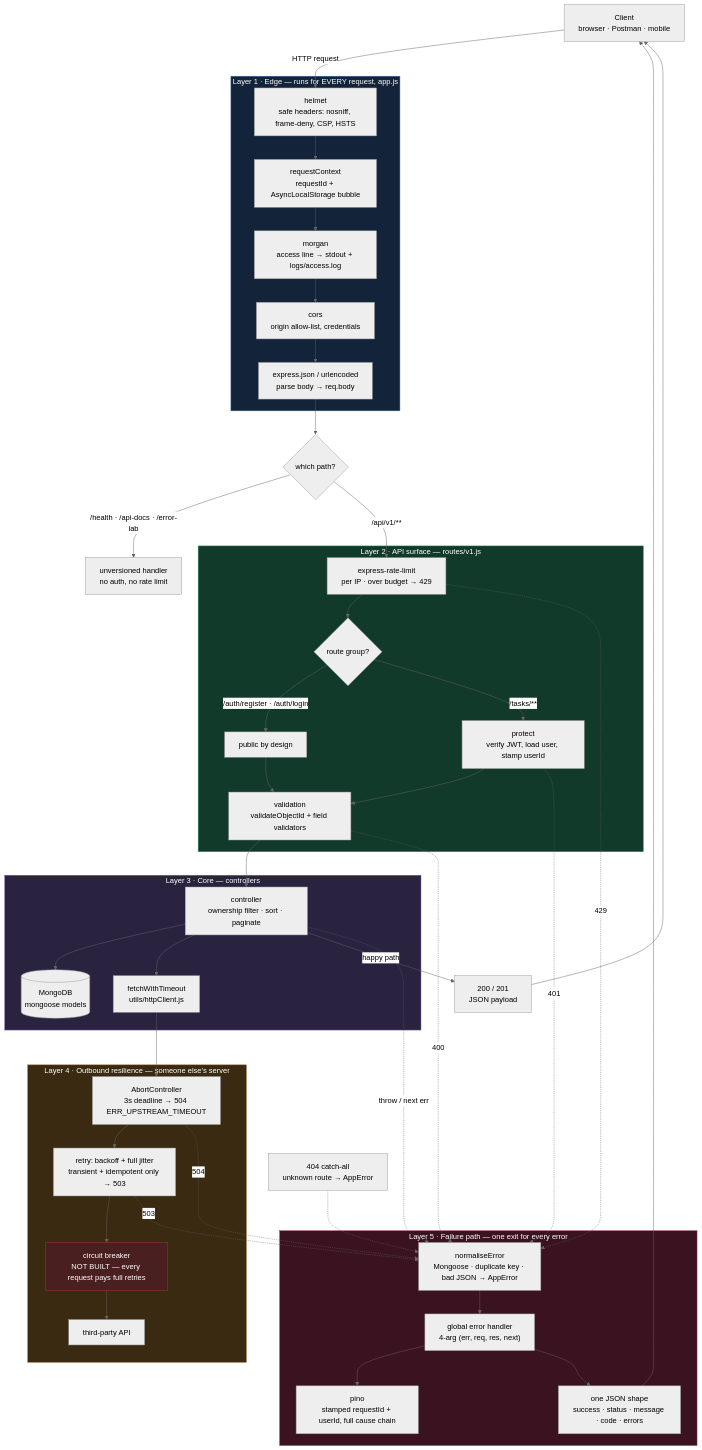
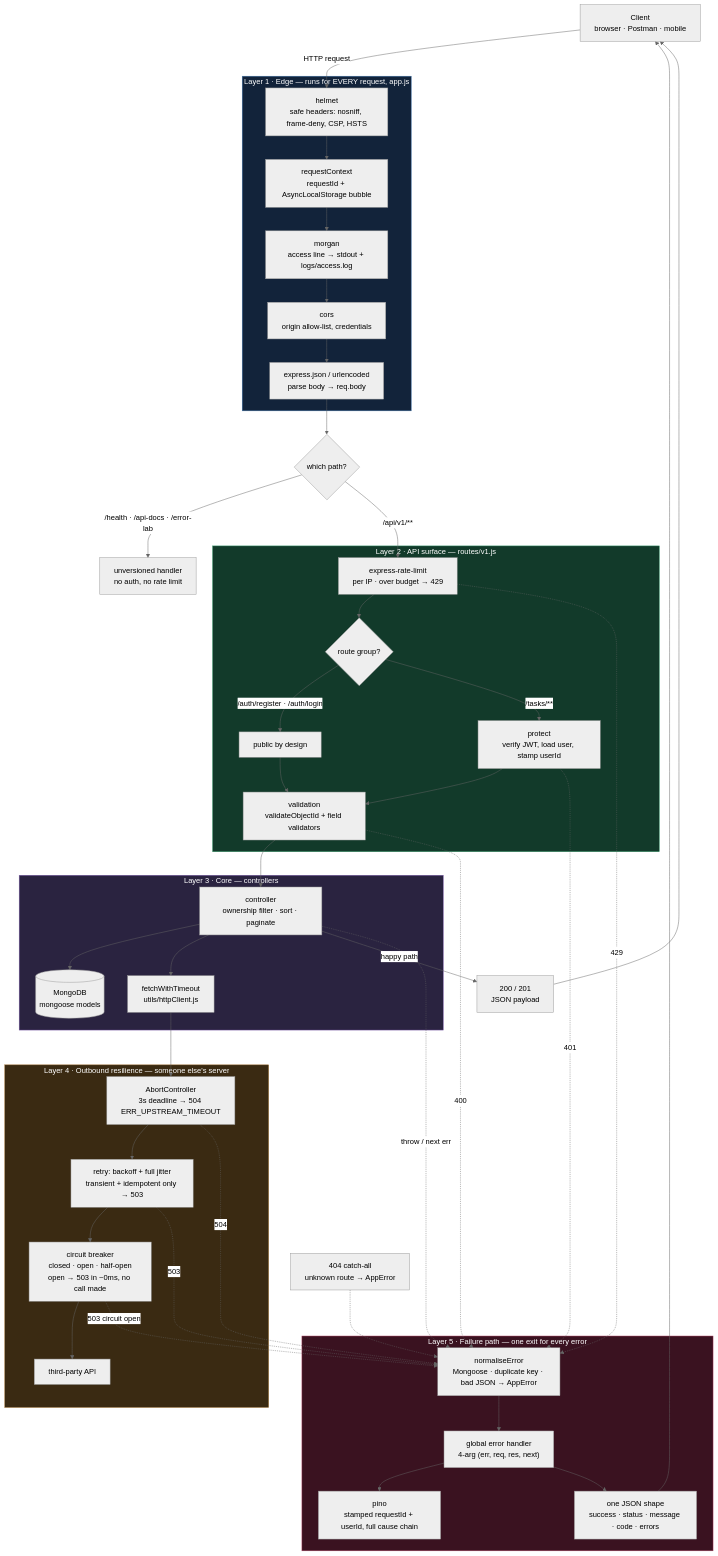
One commit to ashishrainagit2/todo-nodejs changed the diagram in api-structure.md. Above: the diagram before and after it, drawn with Mermaid (neutral theme). The commit also changed other lines of this file and 8 other files, not shown here.

Commit message:
added circuit breaker

````diff
--- a/api-structure.md
+++ b/api-structure.md
@@ -18,68 +18,68 @@
 ```mermaid
 flowchart TD
     C["Client<br/>browser · Postman · mobile"] -->|"HTTP request"| HELMET
 
     subgraph EDGE["Layer 1 · Edge — runs for EVERY request, app.js"]
         HELMET["helmet<br/>safe headers: nosniff, frame-deny, CSP, HSTS"]
         HELMET --> RCTX["requestContext<br/>requestId + AsyncLocalStorage bubble"]
         RCTX --> MORGAN["morgan<br/>access line → stdout + logs/access.log"]
         MORGAN --> CORS["cors<br/>origin allow-list, credentials"]
         CORS --> BODY["express.json / urlencoded<br/>parse body → req.body"]
     end
 
     BODY --> FORK{"which path?"}
 
     FORK -->|"/health · /api-docs · /error-lab"| PUBLIC["unversioned handler<br/>no auth, no rate limit"]
     FORK -->|"/api/v1/**"| LIMIT
 
     subgraph SURFACE["Layer 2 · API surface — routes/v1.js"]
         LIMIT["express-rate-limit<br/>per IP · over budget → 429"]
         LIMIT --> WHO{"route group?"}
         WHO -->|"/auth/register · /auth/login"| OPEN["public by design"]
         WHO -->|"/tasks/**"| PROTECT["protect<br/>verify JWT, load user, stamp userId"]
         PROTECT --> VALID["validation<br/>validateObjectId + field validators"]
         OPEN --> VALID
     end
 
     VALID --> CTRL
 
     subgraph CORE["Layer 3 · Core — controllers"]
         CTRL["controller<br/>ownership filter · sort · paginate"]
         CTRL --> DB[("MongoDB<br/>mongoose models")]
         CTRL --> HTTP["fetchWithTimeout<br/>utils/httpClient.js"]
     end
 
     subgraph EGRESS["Layer 4 · Outbound resilience — someone else's server"]
         HTTP --> DEADLINE["AbortController<br/>3s deadline → 504 ERR_UPSTREAM_TIMEOUT"]
         DEADLINE --> RETRY["retry: backoff + full jitter<br/>transient + idempotent only → 503"]
-        RETRY --> BREAK["circuit breaker<br/>NOT BUILT — every request pays full retries"]
+        RETRY --> BREAK["circuit breaker<br/>closed · open · half-open<br/>open → 503 in ~0ms, no call made"]
         BREAK --> THIRD["third-party API"]
     end
 
     CTRL -->|"happy path"| OK["200 / 201<br/>JSON payload"]
     OK --> C
 
     CTRL -.->|"throw / next err"| FUNNEL
     PROTECT -.->|"401"| FUNNEL
     VALID -.->|"400"| FUNNEL
     LIMIT -.->|"429"| FUNNEL
     DEADLINE -.->|"504"| FUNNEL
     RETRY -.->|"503"| FUNNEL
+    BREAK -.->|"503 circuit open"| FUNNEL
     NOTFOUND["404 catch-all<br/>unknown route → AppError"] -.-> FUNNEL
 
     subgraph FAIL["Layer 5 · Failure path — one exit for every error"]
         FUNNEL["normaliseError<br/>Mongoose · duplicate key · bad JSON → AppError"]
         FUNNEL --> GLOBAL["global error handler<br/>4-arg (err, req, res, next)"]
         GLOBAL --> PINO["pino<br/>stamped requestId + userId, full cause chain"]
         GLOBAL --> SHAPE["one JSON shape<br/>success · status · message · code · errors"]
     end
 
     SHAPE --> C
 
-    style BREAK fill:#4a1f1f,stroke:#a33,color:#fff
     style EDGE fill:#12233a,stroke:#3a6ea5,color:#fff
     style SURFACE fill:#123a2a,stroke:#3a9a6e,color:#fff
     style CORE fill:#2a2340,stroke:#7a5aa8,color:#fff
     style EGRESS fill:#3a2a12,stroke:#a5763a,color:#fff
     style FAIL fill:#3a1220,stroke:#a53a5a,color:#fff
 ```
````
